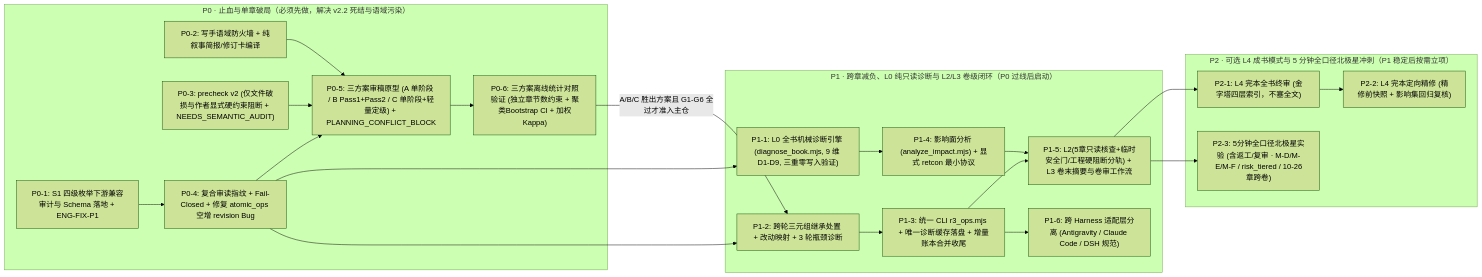
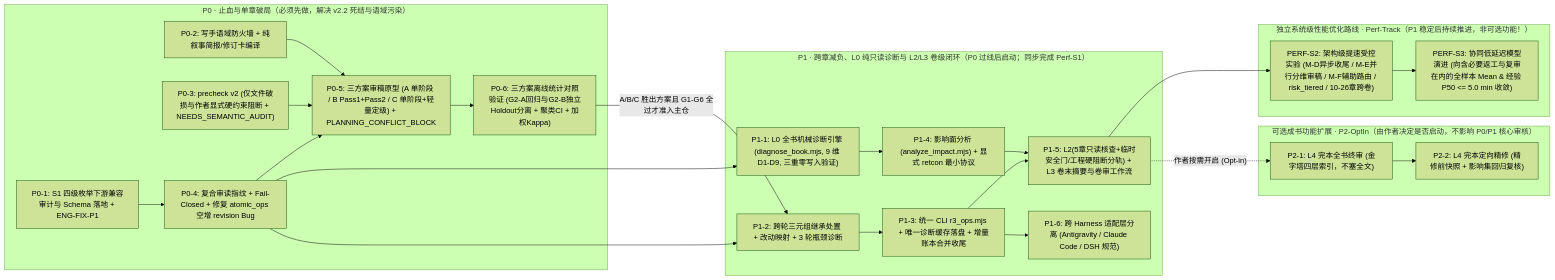
Before and after one commit to chindden/chinese-novelist-skill: the diagram in docs/r3/review-v3/07-P0-P1-P2开发任务与依赖关系.md, drawn with Mermaid (forest theme). The commit also changed other lines of this file and 7 other files, not shown here.

Commit message:
docs(r3): finalize v1.2.2 freeze-ready revisions (G2 split, L0 sandbox, Perf-Track vs L4)

````diff
--- a/docs/r3/review-v3/07-P0-P1-P2开发任务与依赖关系.md
+++ b/docs/r3/review-v3/07-P0-P1-P2开发任务与依赖关系.md
@@ -11,38 +12,42 @@
 ```mermaid
 flowchart LR
     subgraph P0["P0 · 止血与单章破局（必须先做，解决 v2.2 死结与语域污染）"]
         P0_1["P0-1: S1 四级枚举下游兼容审计与 Schema 落地 + ENG-FIX-P1"]
         P0_2["P0-2: 写手语域防火墙 + 纯叙事简报/修订卡编译"]
         P0_3["P0-3: precheck v2 (仅文件破损与作者显式硬约束阻断 + NEEDS_SEMANTIC_AUDIT)"]
         P0_4["P0-4: 复合审读指纹 + Fail-Closed + 修复 atomic_ops 空增 revision Bug"]
         P0_5["P0-5: 三方案审稿原型 (A 单阶段 / B Pass1+Pass2 / C 单阶段+轻量定级) + PLANNING_CONFLICT_BLOCK"]
-        P0_6["P0-6: 三方案离线统计对照验证 (独立章节数约束 + 聚类Bootstrap CI + 加权Kappa)"]
+        P0_6["P0-6: 三方案离线统计对照验证 (G2-A回归与G2-B独立Holdout分离 + 聚类CI + 加权Kappa)"]
     end
 
-    subgraph P1["P1 · 跨章减负、L0 纯只读诊断与 L2/L3 卷级闭环（P0 过线后启动）"]
+    subgraph P1["P1 · 跨章减负、L0 纯只读诊断与 L2/L3 卷级闭环（P0 过线后启动；同步完成 Perf-S1）"]
         P1_1["P1-1: L0 全书机械诊断引擎 (diagnose_book.mjs, 9 维 D1-D9, 三重零写入验证)"]
         P1_2["P1-2: 跨轮三元组继承处置 + 改动映射 + 3 轮瓶颈诊断"]
         P1_3["P1-3: 统一 CLI r3_ops.mjs + 唯一诊断缓存落盘 + 增量账本合并收尾"]
         P1_4["P1-4: 影响面分析 (analyze_impact.mjs) + 显式 retcon 最小协议"]
         P1_5["P1-5: L2(5章只读核查+临时安全门/工程硬阻断分轨) + L3 卷末摘要与卷审工作流"]
         P1_6["P1-6: 跨 Harness 适配层分离 (Antigravity / Claude Code / DSH 规范)"]
     end
 
-    subgraph P2["P2 · 可选 L4 成书模式与 5 分钟全口径北极星冲刺（P1 稳定后按需立项）"]
+    subgraph PERF["独立系统级性能优化路线 · Perf-Track（P1 稳定后持续推进，非可选功能！）"]
+        PERF_S2["PERF-S2: 架构级提速受控实验 (M-D异步收尾 / M-E并行分维审稿 / M-F辅助路由 / risk_tiered / 10-26章跨卷)"]
+        PERF_S3["PERF-S3: 协同低延迟模型演进 (向含必要返工与复审在内的全样本 Mean & 经验 P50 <= 5.0 min 收敛)"]
+    end
+
+    subgraph OPTIN["可选成书功能扩展 · P2-OptIn（由作者决定是否启动，不影响 P0/P1 核心审核）"]
         P2_1["P2-1: L4 完本全书终审 (金字塔四层索引，不塞全文)"]
         P2_2["P2-2: L4 完本定向精修 (精修前快照 + 影响集回归复核)"]
-        P2_3["P2-3: 5分钟全口径北极星实验 (含返工/复审 · M-D/M-E/M-F / risk_tiered / 10-26章跨卷)"]
     end
 
     P0_1 --> P0_4 --> P0_5
     P0_3 --> P0_5 --> P0_6
     P0_2 --> P0_5
     P0_6 -->|"A/B/C 胜出方案且 G1-G6 全过才准入主仓"| P1_2
     P0_4 --> P1_1
     P0_4 --> P1_2 --> P1_3
     P1_1 --> P1_4 --> P1_5
     P1_3 --> P1_5
     P1_3 --> P1_6
-    P1_5 --> P2_1 --> P2_2
-    P1_5 --> P2_3
+    P1_5 --> PERF_S2 --> PERF_S3
+    P1_5 -.->|"作者按需开启 (Opt-in)"| P2_1 --> P2_2
 ```
````
